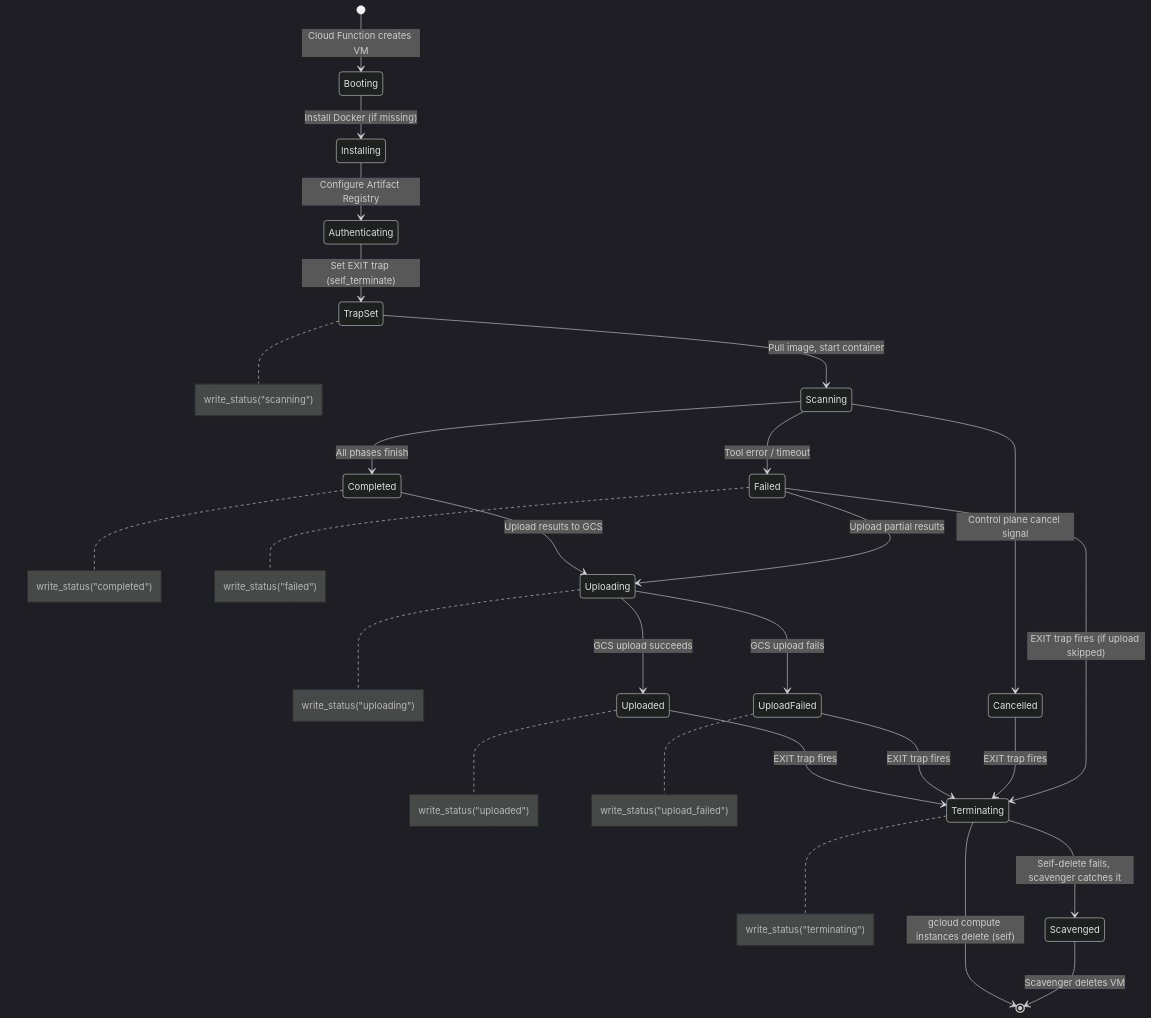
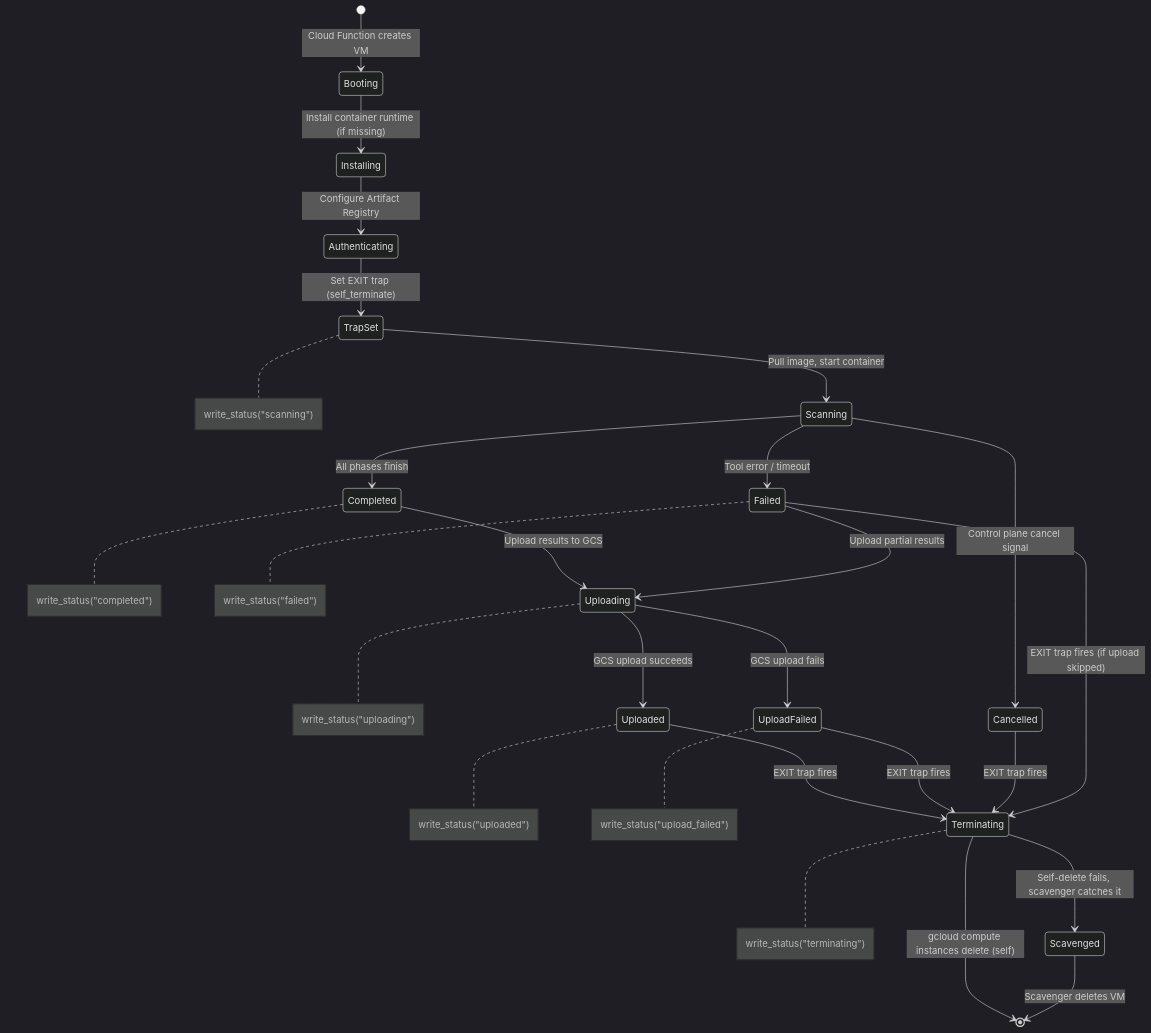
Before and after one commit to Peregrine-Technology-Systems/peregrine-penetrator-scanner: the seventh of 23 diagrams in docs/ARCHITECTURE.md, drawn with Mermaid (dark theme). The commit also changed other lines of this file and 15 other files, not shown here.

````diff
--- a/docs/ARCHITECTURE.md
+++ b/docs/ARCHITECTURE.md
@@ -312,40 +312,40 @@
 ```mermaid
 stateDiagram-v2
     [*] --> Booting: Cloud Function creates VM
 
-    Booting --> Installing: Install Docker (if missing)
+    Booting --> Installing: Install container runtime (if missing)
     Installing --> Authenticating: Configure Artifact Registry
     Authenticating --> TrapSet: Set EXIT trap (self_terminate)
 
     TrapSet --> Scanning: Pull image, start container
     note right of TrapSet: write_status("scanning")
 
     Scanning --> Completed: All phases finish
     Scanning --> Failed: Tool error / timeout
     Scanning --> Cancelled: Control plane cancel signal
 
     note right of Completed: write_status("completed")
     note right of Failed: write_status("failed")
 
     Completed --> Uploading: Upload results to GCS
     Failed --> Uploading: Upload partial results
 
     note right of Uploading: write_status("uploading")
 
     Uploading --> Uploaded: GCS upload succeeds
     Uploading --> UploadFailed: GCS upload fails
 
     note right of Uploaded: write_status("uploaded")
     note right of UploadFailed: write_status("upload_failed")
 
     Uploaded --> Terminating: EXIT trap fires
     UploadFailed --> Terminating: EXIT trap fires
     Cancelled --> Terminating: EXIT trap fires
     Failed --> Terminating: EXIT trap fires (if upload skipped)
 
     note right of Terminating: write_status("terminating")
 
     Terminating --> [*]: gcloud compute instances delete (self)
     Terminating --> Scavenged: Self-delete fails, scavenger catches it
     Scavenged --> [*]: Scavenger deletes VM
 ```
````
